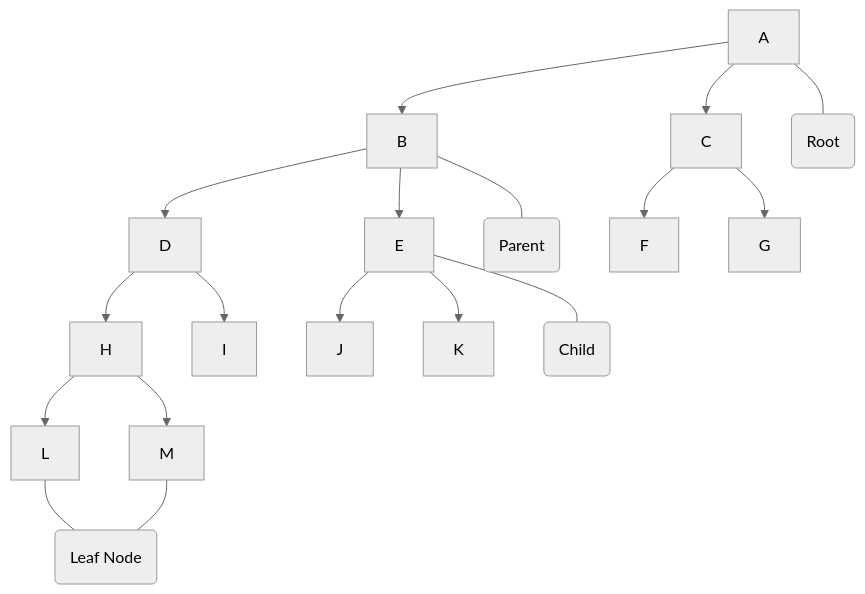
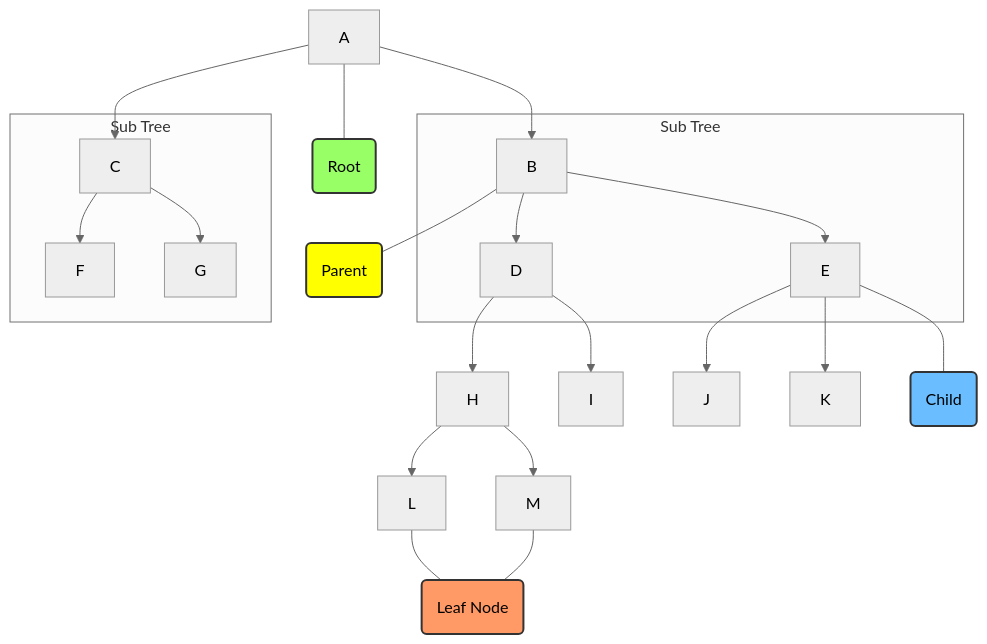
One commit to thejunghare/DataStructure changed the diagram in NonLinear-ds/Tree/README.md. Above: the diagram before and after it, drawn with Mermaid (neutral theme).

````diff
--- a/NonLinear-ds/Tree/README.md
+++ b/NonLinear-ds/Tree/README.md
@@ -5,23 +5,35 @@
 ```mermaid
-graph TD
+graph 
     A[A] --> B[A]
     A --> C[C]
+    subgraph Sub Tree
     B --> D[D]
     B --> E[E]
+    end
     D --> J[H]
     D --> K[I]
     J --> L[L]
     J --> M[M]
     E --> N[J]
     E --> O[K]
+    subgraph Sub Tree
     C --> P[F]
     C --> Q[G]
+    end
+    %%   E-. text .-> D
     A[A] --- R(Root)
     B[B] --- I(Parent)
     E[E]--- S(Child)
     L[L] --- T(Leaf Node)
     M[M] --- T(Leaf Node)
 
 
-
+    classDef green fill:#9f6,stroke:#333,stroke-width:2px;
+    classDef orange fill:#f96,stroke:#333,stroke-width:2px;
+    classDef blue fill:#6abeff,stroke:#333,stroke-width:2px;
+    classDef yellow fill:#ffff00,stroke:#333,stroke-width:2px;
+    class R green
+    class T orange
+    class S blue
+    class I yellow
 ```
````
